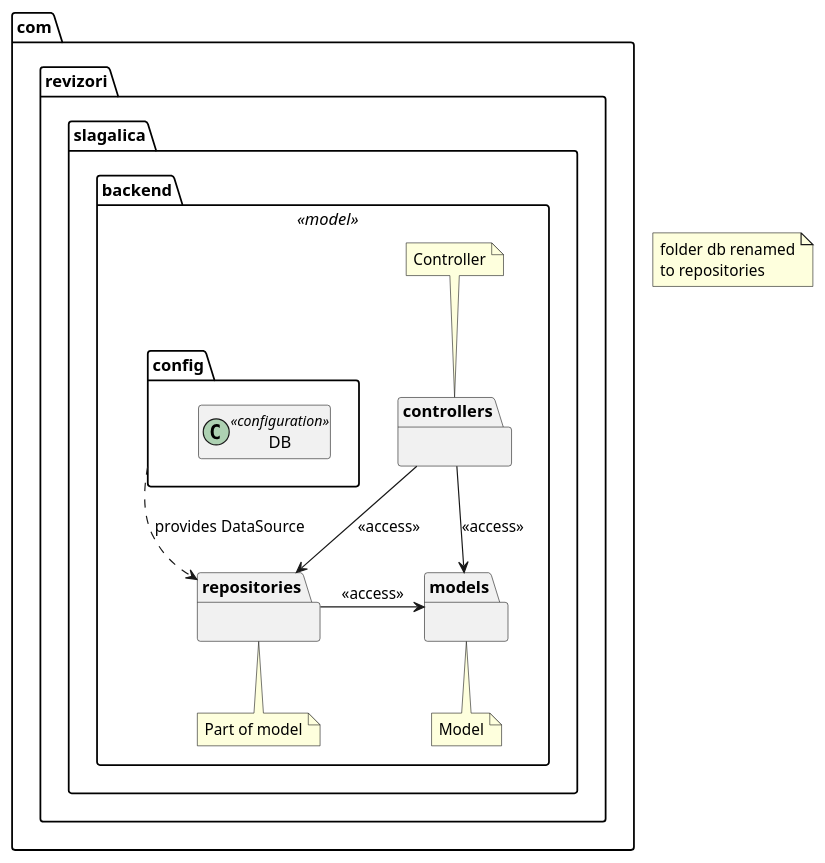
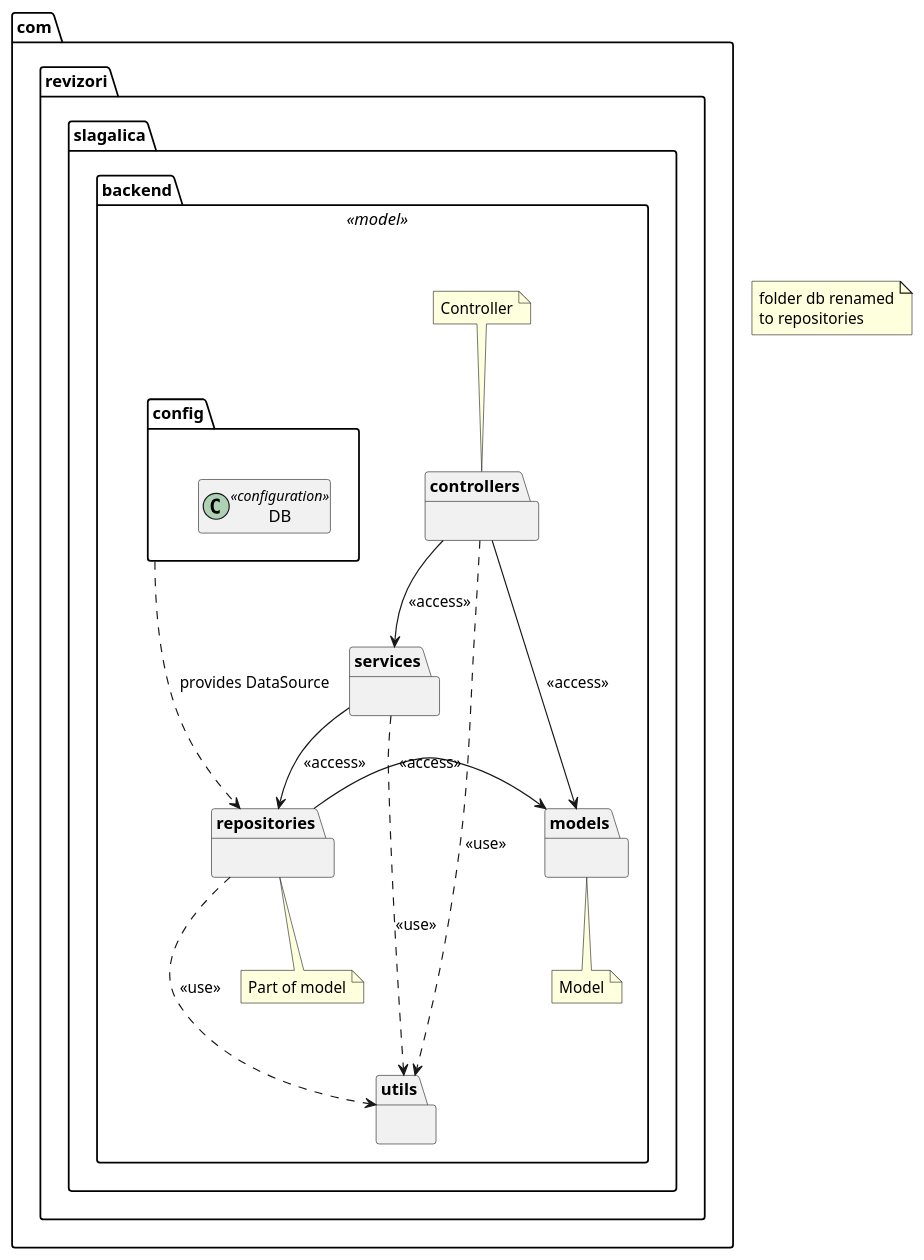
One commit to mreza-mladih-inzenjera/Slagalica changed the diagram in docs/diagrams/backend/package-diagrams/package_diagram.puml. Above: the diagram before and after it, drawn with PlantUML. The commit also changed 4 other files, not shown here.

Commit message:
Added application class diagram.

```diff
--- a/docs/diagrams/backend/package-diagrams/package_diagram.puml
+++ b/docs/diagrams/backend/package-diagrams/package_diagram.puml
@@ -1,29 +1,39 @@
 @startuml package_diagram
 
 hide members
 
 note "folder db renamed\nto repositories" as N1
 package com.revizori.slagalica.backend <<model>> {
     package config {
         class DB <<configuration>>
     }
     package controllers {
         '
     }
+    package services {
+        '
+    }
     package repositories {
         '
     }
     package models {
         '
     }
+    package utils {
+        '
+    }
 
-    config .d.> repositories : provides DataSource
-    controllers -d-> models : <<access>>
-    controllers -d-> repositories : <<access>>
+    config ...> repositories : provides DataSource
+    controllers --> models : <<access>>
+    controllers --> services : <<access>>
+    services --> repositories : <<access>>
     repositories -> models : <<access>>
+    controllers ...> utils : <<use>>
+    services ...> utils : <<use>>
+    repositories ...> utils : <<use>>
 
     note top of controllers : Controller
     note bottom of repositories : Part of model
     note bottom of models : Model
 }
 @enduml
```
